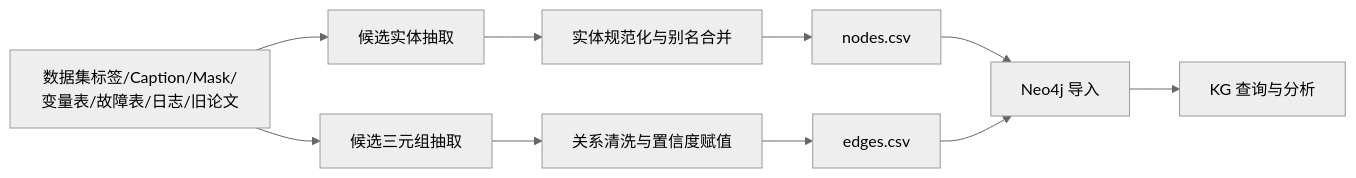
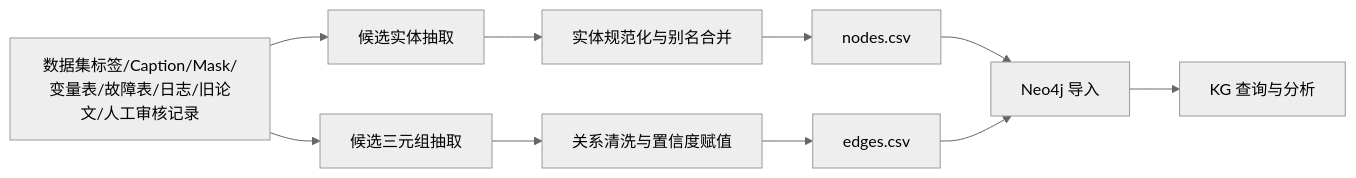
One commit to elebirds/KGTraceVis changed the second of 3 diagrams in paper_idea_cn_dynamic_draft.md. Above: the diagram before and after it, drawn with Mermaid (neutral theme). The commit also changed other lines of this file and 16 other files, not shown here.

````diff
--- a/paper_idea_cn_dynamic_draft.md
+++ b/paper_idea_cn_dynamic_draft.md
@@ -201,12 +218,12 @@
 ```mermaid
 flowchart LR
-    A[数据集标签/Caption/Mask/变量表/故障表/日志/旧论文] --> B[候选实体抽取]
+    A[数据集标签/Caption/Mask/变量表/故障表/日志/旧论文/人工审核记录] --> B[候选实体抽取]
     A --> C[候选三元组抽取]
     B --> D[实体规范化与别名合并]
     C --> E[关系清洗与置信度赋值]
     D --> F[nodes.csv]
     E --> G[edges.csv]
     F --> H[Neo4j 导入]
     G --> H
     H --> I[KG 查询与分析]
 ```
````
